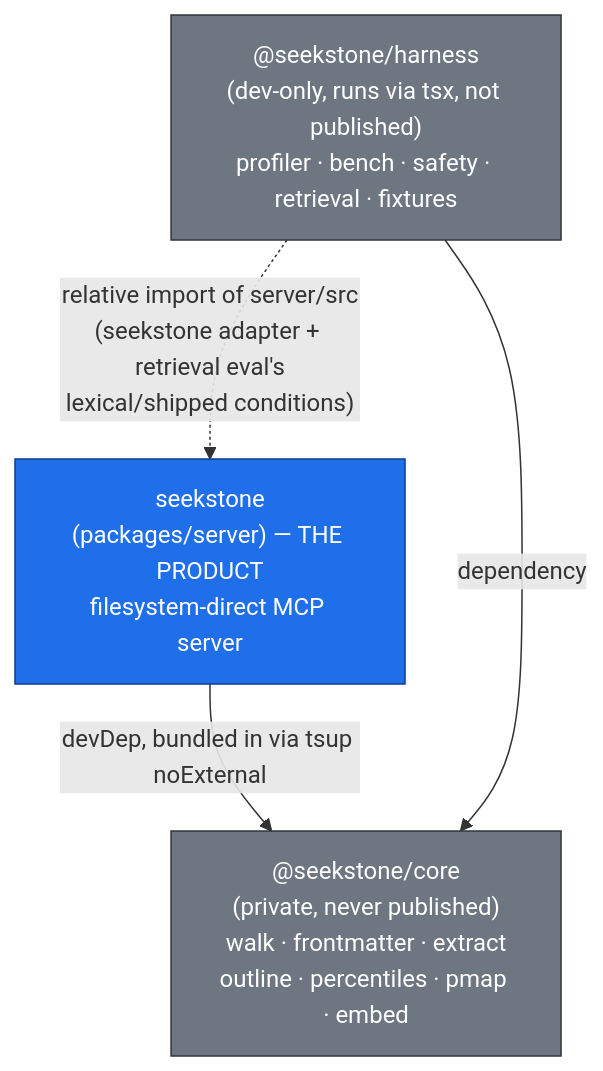
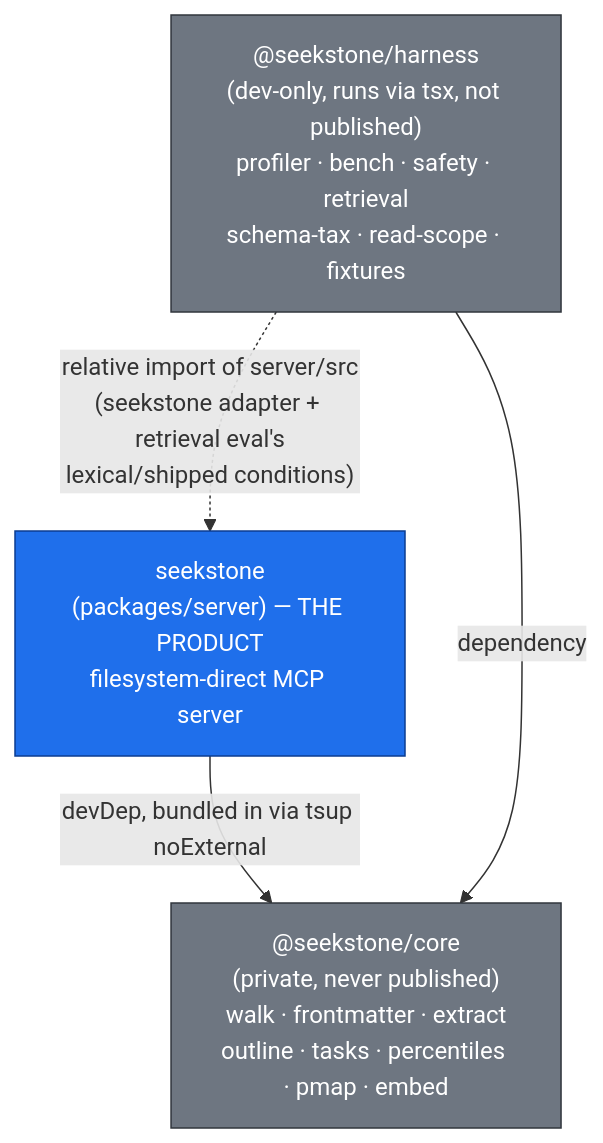
One commit to shaqmughal/seekstone changed the first of 5 diagrams in docs/ARCHITECTURE.md. Above: the diagram before and after it, drawn with Mermaid. The commit also changed other lines of this file and 12 other files, not shown here.

````diff
--- a/docs/ARCHITECTURE.md
+++ b/docs/ARCHITECTURE.md
@@ -21,15 +21,15 @@
 ```mermaid
 flowchart TD
-    core["@seekstone/core<br/>(private, never published)<br/>walk · frontmatter · extract<br/>outline · percentiles · pmap · embed"]
+    core["@seekstone/core<br/>(private, never published)<br/>walk · frontmatter · extract<br/>outline · tasks · percentiles · pmap · embed"]
     server["seekstone<br/>(packages/server) — THE PRODUCT<br/>filesystem-direct MCP server"]
-    harness["@seekstone/harness<br/>(dev-only, runs via tsx, not published)<br/>profiler · bench · safety · retrieval · fixtures"]
+    harness["@seekstone/harness<br/>(dev-only, runs via tsx, not published)<br/>profiler · bench · safety · retrieval<br/>schema-tax · read-scope · fixtures"]
 
     server -->|"devDep, bundled in via tsup noExternal"| core
     harness -->|"dependency"| core
     harness -.->|"relative import of server/src<br/>(seekstone adapter + retrieval eval's<br/>lexical/shipped conditions)"| server
 
     classDef product fill:#1f6feb,stroke:#0b3d91,color:#fff;
     classDef dev fill:#6e7681,stroke:#30363d,color:#fff;
     class server product;
     class harness,core dev;
 ```
````
